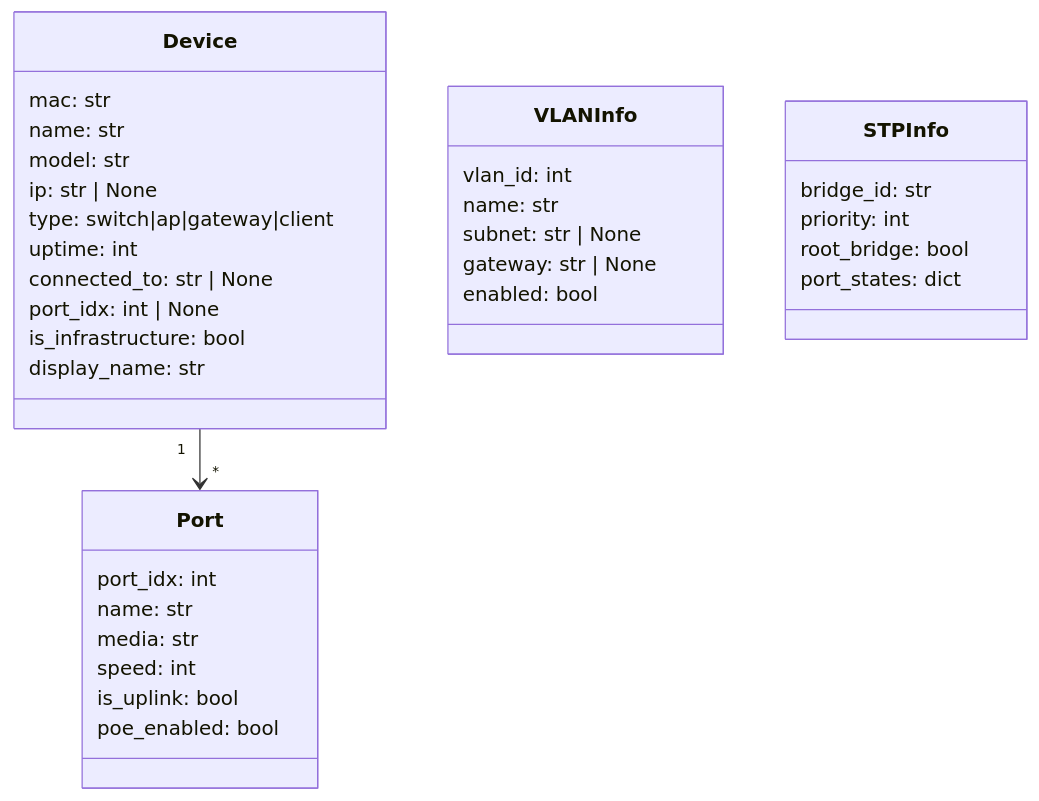
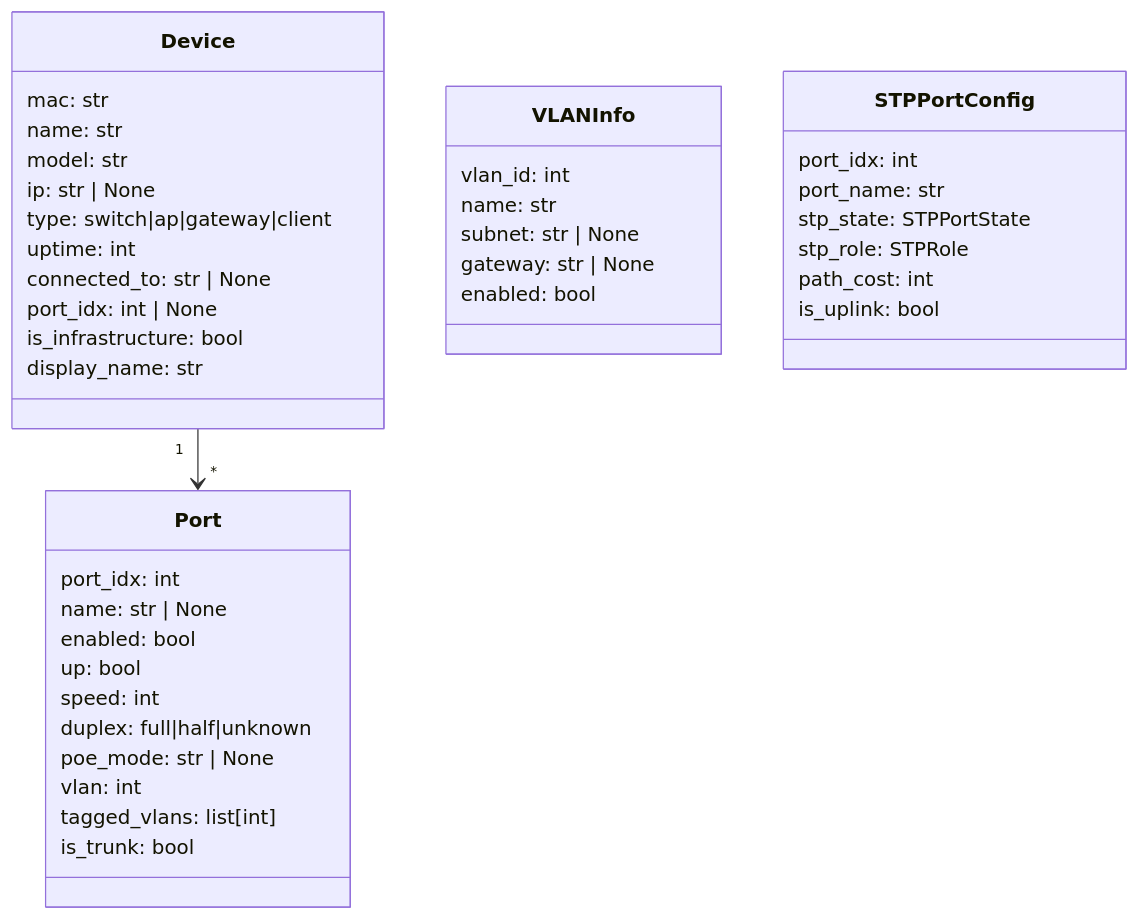
One commit to NetDevAutomate/unifi_management_cli changed diagram 11 of 21 in docs/architecture/architecture-overview.md. Above: the diagram before and after it, drawn with Mermaid. The commit also changed other lines of this file and 2 other files, not shown here.

First line of the commit message:
docs(architecture): refresh the C4 and overview docs

````diff
--- a/docs/architecture/architecture-overview.md
+++ b/docs/architecture/architecture-overview.md
@@ -801,41 +777,47 @@
 ```mermaid
 classDiagram
     class Device {
         mac: str
         name: str
         model: str
         ip: str | None
         type: switch|ap|gateway|client
         uptime: int
         connected_to: str | None
         port_idx: int | None
         is_infrastructure: bool
         display_name: str
     }
 
     class Port {
         port_idx: int
-        name: str
-        media: str
+        name: str | None
+        enabled: bool
+        up: bool
         speed: int
-        is_uplink: bool
-        poe_enabled: bool
+        duplex: full|half|unknown
+        poe_mode: str | None
+        vlan: int
+        tagged_vlans: list[int]
+        is_trunk: bool
     }
 
     class VLANInfo {
         vlan_id: int
         name: str
         subnet: str | None
         gateway: str | None
         enabled: bool
     }
 
-    class STPInfo {
-        bridge_id: str
-        priority: int
-        root_bridge: bool
-        port_states: dict
+    class STPPortConfig {
+        port_idx: int
+        port_name: str
+        stp_state: STPPortState
+        stp_role: STPRole
+        path_cost: int
+        is_uplink: bool
     }
 
     Device "1" --> "*" Port
 ```
````
